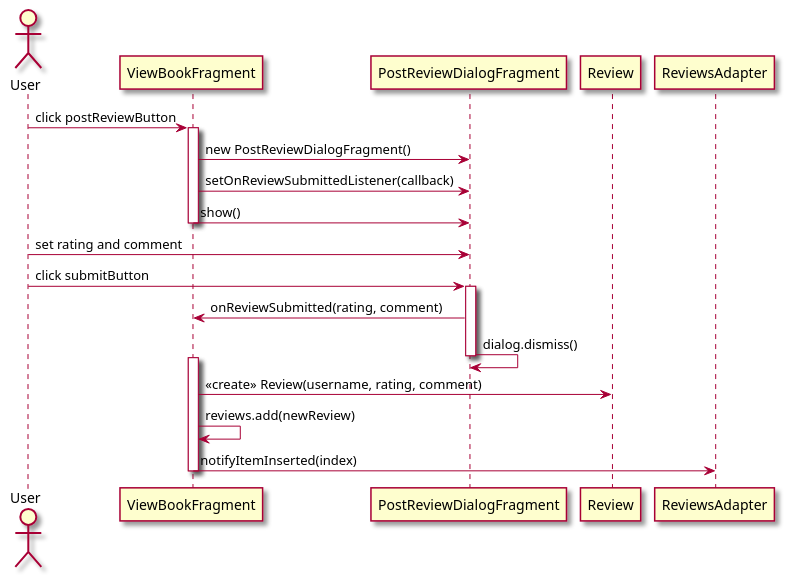
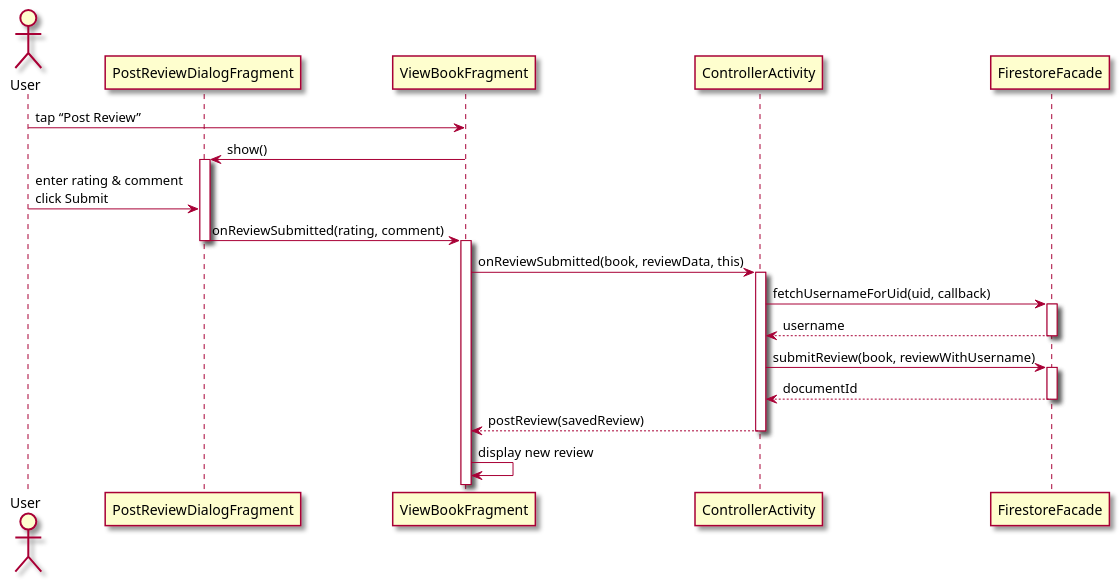
One commit to Khurshid03/team-2b changed the second of 2 diagrams in intellij/doc/use-cases/post-review.md. Above: the diagram before and after it, drawn with PlantUML. The commit also changed 12 other files, not shown here.

Commit message:
Updated the use cases and their sequence diagrams

````diff
--- a/intellij/doc/use-cases/post-review.md
+++ b/intellij/doc/use-cases/post-review.md
@@ -79,32 +79,37 @@
 ```plantuml
 @startuml
 skin rose
+actor User
+participant PostReviewDialogFragment
+participant ViewBookFragment
+participant ControllerActivity
+participant FirestoreFacade
 
-actor User
-participant ViewBookFragment as VBF
-participant PostReviewDialogFragment as PRDF
-participant Review
-participant ReviewsAdapter as ADA
+User -> ViewBookFragment           : tap “Post Review”
+ViewBookFragment -> PostReviewDialogFragment : show()
+activate PostReviewDialogFragment
 
+User -> PostReviewDialogFragment   : enter rating & comment\nclick Submit
+PostReviewDialogFragment -> ViewBookFragment : onReviewSubmitted(rating, comment)
+deactivate PostReviewDialogFragment
+activate ViewBookFragment
 
-User -> VBF: click postReviewButton
-activate VBF
-VBF -> PRDF: new PostReviewDialogFragment()
-VBF -> PRDF: setOnReviewSubmittedListener(callback)
-VBF -> PRDF: show()
-deactivate VBF
+ViewBookFragment -> ControllerActivity : onReviewSubmitted(book, reviewData, this)
+activate ControllerActivity
 
-User -> PRDF: set rating and comment
-User -> PRDF: click submitButton
-activate PRDF
-PRDF -> VBF: onReviewSubmitted(rating, comment)
-PRDF -> PRDF: dialog.dismiss()
-deactivate PRDF
+ControllerActivity -> FirestoreFacade      : fetchUsernameForUid(uid, callback)
+activate FirestoreFacade
+FirestoreFacade --> ControllerActivity      : username
+deactivate FirestoreFacade
 
-activate VBF
-VBF -> Review: «create» Review(username, rating, comment)
-VBF -> VBF: reviews.add(newReview)
-VBF -> ADA: notifyItemInserted(index)
-deactivate VBF
+ControllerActivity -> FirestoreFacade      : submitReview(book, reviewWithUsername)
+activate FirestoreFacade
+FirestoreFacade --> ControllerActivity      : documentId
+deactivate FirestoreFacade
+
+ControllerActivity --> ViewBookFragment     : postReview(savedReview)
+deactivate ControllerActivity
+
+ViewBookFragment -> ViewBookFragment       : display new review
 @enduml
 ```
````
